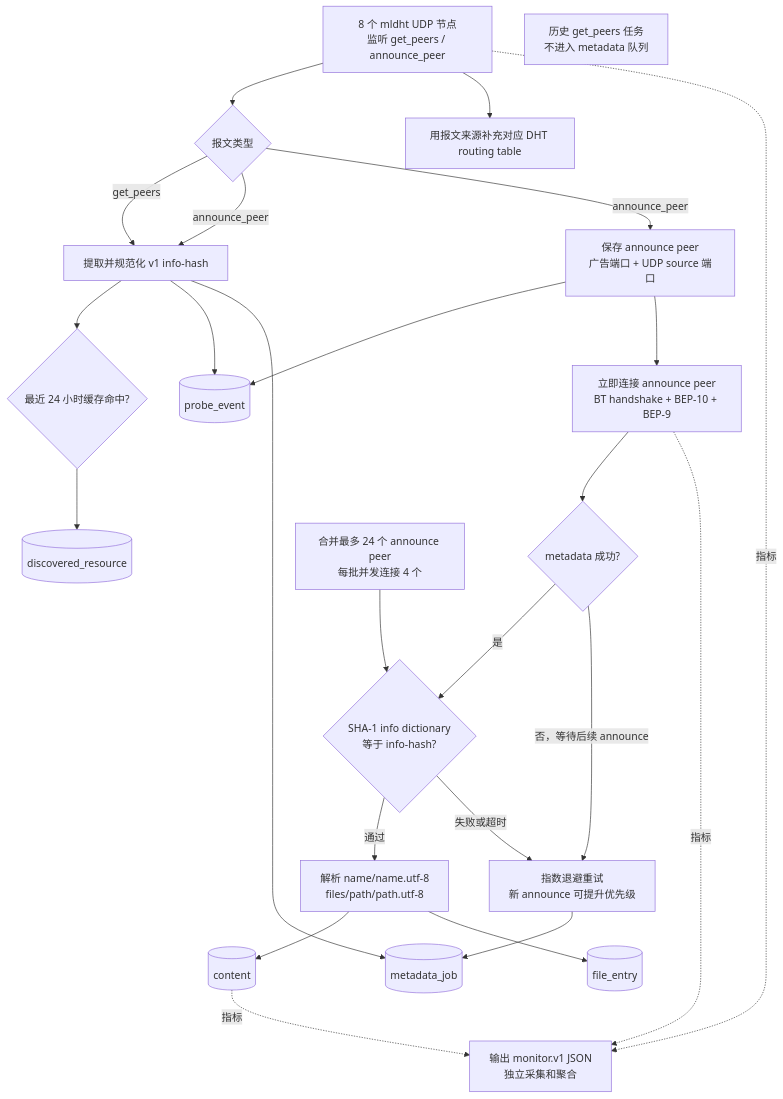
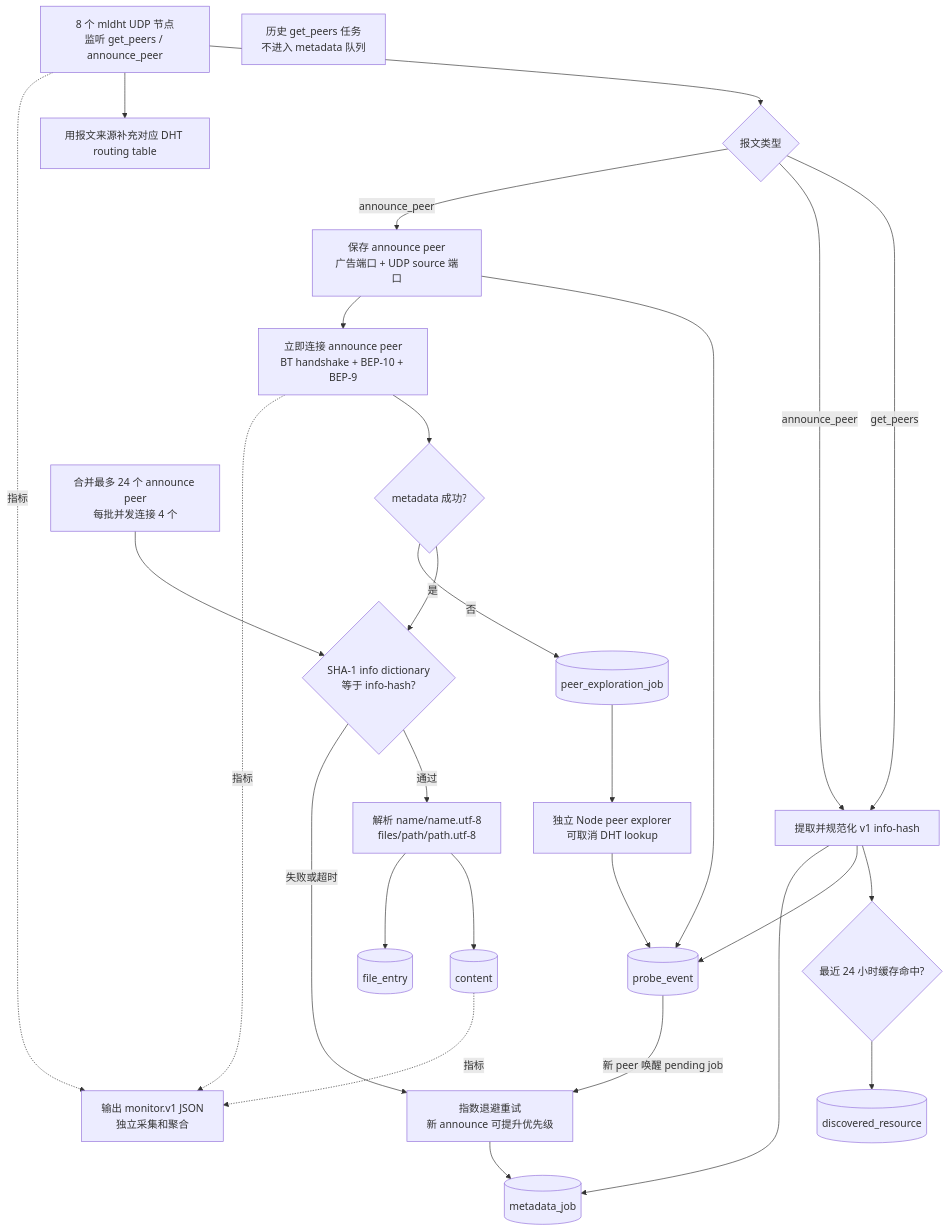
Before and after one commit to cocal/dht-collector: the first of 3 diagrams in docs/dht-metadata-name-pipeline.md, drawn with Mermaid. The commit also changed other lines of this file and 9 other files, not shown here.

Commit message:
Isolate bounded DHT peer exploration

````diff
--- a/docs/dht-metadata-name-pipeline.md
+++ b/docs/dht-metadata-name-pipeline.md
@@ -21,46 +21,49 @@
 ```mermaid
 flowchart TD
     UDP[8 个 mldht UDP 节点<br/>监听 get_peers / announce_peer]
     TYPE{报文类型}
     HASH[提取并规范化 v1 info-hash]
     PEER[保存 announce peer<br/>广告端口 + UDP source 端口]
     SEED[用报文来源补充对应 DHT routing table]
     CACHE{最近 24 小时缓存命中?}
     RESOURCE[(discovered_resource)]
     EVENT[(probe_event)]
     JOB[(metadata_job)]
     DIRECT[立即连接 announce peer<br/>BT handshake + BEP-10 + BEP-9]
     DIRECT_OK{metadata 成功?}
+    EXPLORE[(peer_exploration_job)]
+    WORKER[独立 Node peer explorer\n可取消 DHT lookup]
     LOOKUP[历史 get_peers 任务<br/>不进入 metadata 队列]
     CANDIDATES[合并最多 24 个 announce peer<br/>每批并发连接 4 个]
     VERIFY{SHA-1 info dictionary<br/>等于 info-hash?}
     PARSE[解析 name/name.utf-8<br/>files/path/path.utf-8]
     CONTENT[(content)]
     FILES[(file_entry)]
     RETRY[指数退避重试<br/>新 announce 可提升优先级]
     MONITOR[输出 monitor.v1 JSON<br/>独立采集和聚合]
 
     UDP --> TYPE
     TYPE -->|get_peers| HASH
     TYPE -->|announce_peer| HASH
     TYPE -->|announce_peer| PEER
     UDP --> SEED
     HASH --> CACHE
     CACHE --> RESOURCE
     HASH --> EVENT
     HASH --> JOB
     PEER --> EVENT
     PEER --> DIRECT
     DIRECT --> DIRECT_OK
     DIRECT_OK -->|是| VERIFY
-    DIRECT_OK -->|否，等待后续 announce| RETRY
+    DIRECT_OK -->|否| EXPLORE --> WORKER --> EVENT
+    EVENT -->|新 peer 唤醒 pending job| RETRY
     CANDIDATES --> VERIFY
     VERIFY -->|通过| PARSE
     VERIFY -->|失败或超时| RETRY
     PARSE --> CONTENT
     PARSE --> FILES
     RETRY --> JOB
     UDP -.指标.-> MONITOR
     DIRECT -.指标.-> MONITOR
     CONTENT -.指标.-> MONITOR
 ```
````
